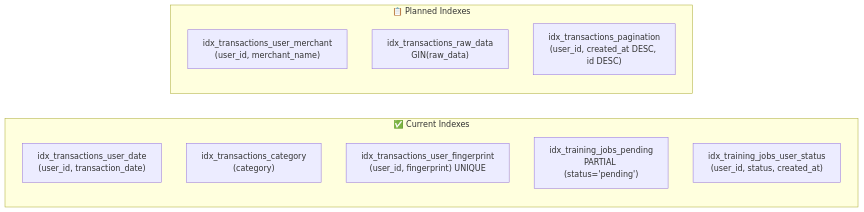
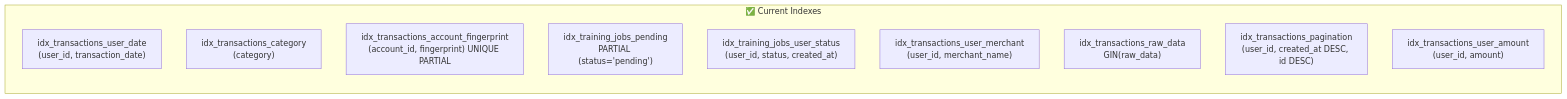
One commit to hassang371/spendsmart-dashboard changed the second of 3 diagrams in docs/design/database-design.md. Above: the diagram before and after it, drawn with Mermaid. The commit also changed other lines of this file and 16 other files, not shown here.

````diff
--- a/docs/design/database-design.md
+++ b/docs/design/database-design.md
@@ -91,16 +155,14 @@
 ```mermaid
 graph LR
     subgraph Current["✅ Current Indexes"]
         I1["idx_transactions_user_date<br/>(user_id, transaction_date)"]
         I2["idx_transactions_category<br/>(category)"]
-        I3["idx_transactions_user_fingerprint<br/>(user_id, fingerprint) UNIQUE"]
+        I3["idx_transactions_account_fingerprint<br/>(account_id, fingerprint) UNIQUE PARTIAL"]
         I4["idx_training_jobs_pending<br/>PARTIAL (status='pending')"]
         I5["idx_training_jobs_user_status<br/>(user_id, status, created_at)"]
-    end
-
-    subgraph Planned["📋 Planned Indexes"]
         I6["idx_transactions_user_merchant<br/>(user_id, merchant_name)"]
         I7["idx_transactions_raw_data<br/>GIN(raw_data)"]
         I8["idx_transactions_pagination<br/>(user_id, created_at DESC, id DESC)"]
+        I9["idx_transactions_user_amount<br/>(user_id, amount)"]
     end
 ```
````
